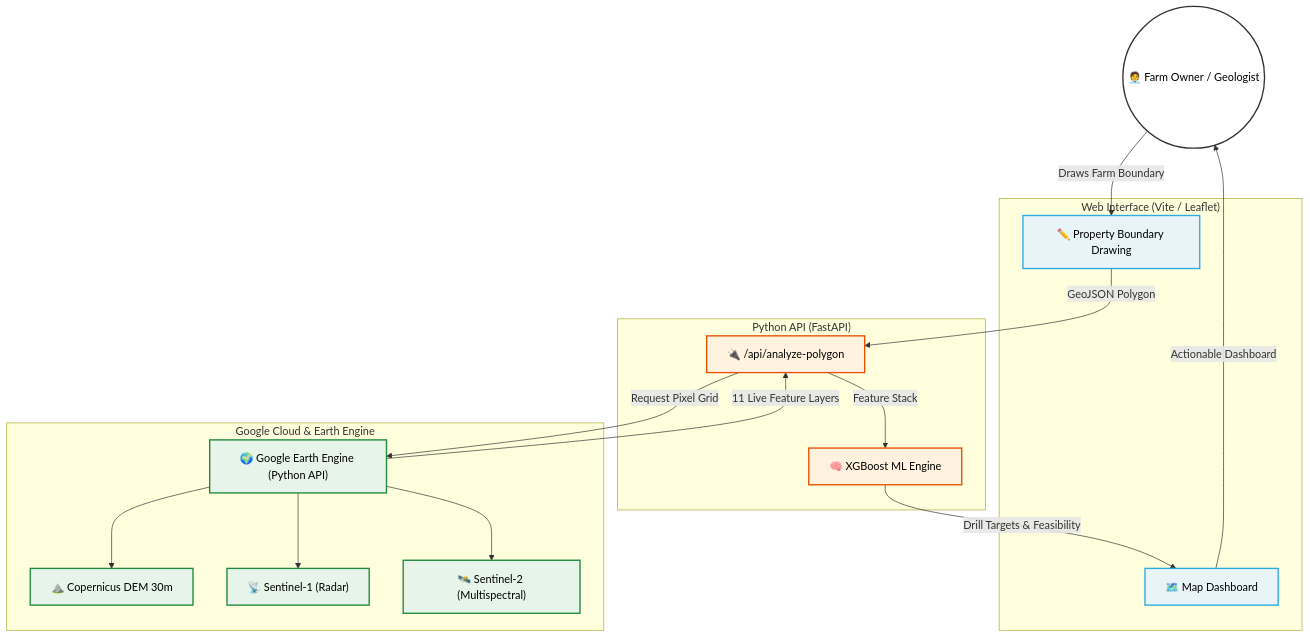
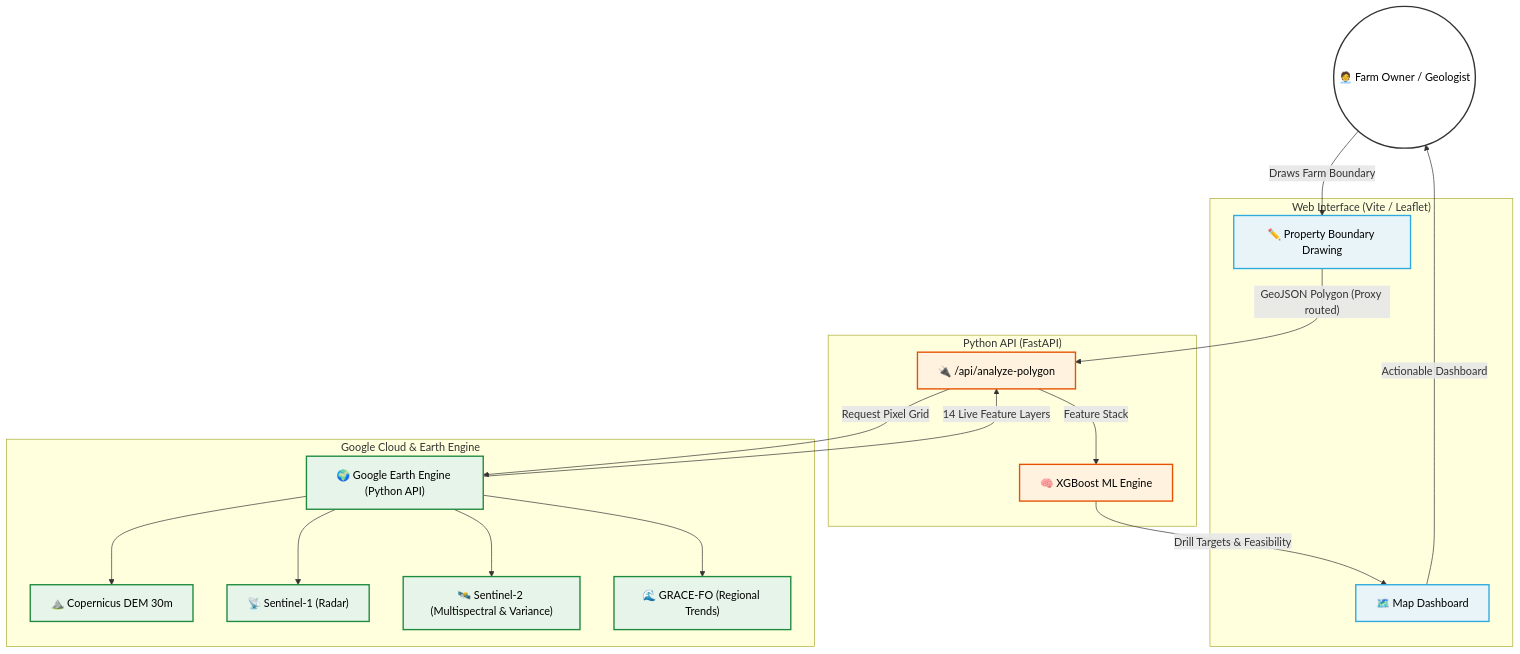
The diagram in README.md (ReneilweKeoagile061/landsat-water-analysis-ai), drawn with Mermaid before and after one commit. The commit also changed other lines of this file, not shown here.

Commit message:
Update README with Advanced Telemetry features

````diff
--- a/README.md
+++ b/README.md
@@ -14,38 +14,40 @@
 ```mermaid
 graph TD
     %% Define Styles
     classDef user fill:#ffffff,stroke:#333,stroke-width:2px,color:#000;
     classDef cloud fill:#e6f4e9,stroke:#1e8a3c,stroke-width:2px,color:#000;
     classDef ml fill:#fff3e0,stroke:#e65100,stroke-width:2px,color:#000;
     classDef front fill:#e8f4f8,stroke:#2daadf,stroke-width:2px,color:#000;
 
     User(("🧑‍💼 Farm Owner / Geologist")):::user
     
     subgraph Frontend ["Web Interface (Vite / Leaflet)"]
         UI["🗺️ Map Dashboard"]:::front
         Draw["✏️ Property Boundary Drawing"]:::front
     end
 
     subgraph Backend ["Python API (FastAPI)"]
         API["🔌 /api/analyze-polygon"]:::ml
         XGB["🧠 XGBoost ML Engine"]:::ml
     end
 
     subgraph GCP ["Google Cloud & Earth Engine"]
         EE["🌍 Google Earth Engine (Python API)"]:::cloud
         DEM["⛰️ Copernicus DEM 30m"]:::cloud
         SAR["📡 Sentinel-1 (Radar)"]:::cloud
-        Multi["🛰️ Sentinel-2 (Multispectral)"]:::cloud
+        Multi["🛰️ Sentinel-2 (Multispectral & Variance)"]:::cloud
+        GRACE["🌊 GRACE-FO (Regional Trends)"]:::cloud
     end
 
     User -- "Draws Farm Boundary" --> Draw
-    Draw -- "GeoJSON Polygon" --> API
+    Draw -- "GeoJSON Polygon (Proxy routed)" --> API
     API -- "Request Pixel Grid" --> EE
     EE --> DEM
     EE --> SAR
     EE --> Multi
-    EE -- "11 Live Feature Layers" --> API
+    EE --> GRACE
+    EE -- "14 Live Feature Layers" --> API
     API -- "Feature Stack" --> XGB
     XGB -- "Drill Targets & Feasibility" --> UI
     UI -- "Actionable Dashboard" --> User
 ```
````
